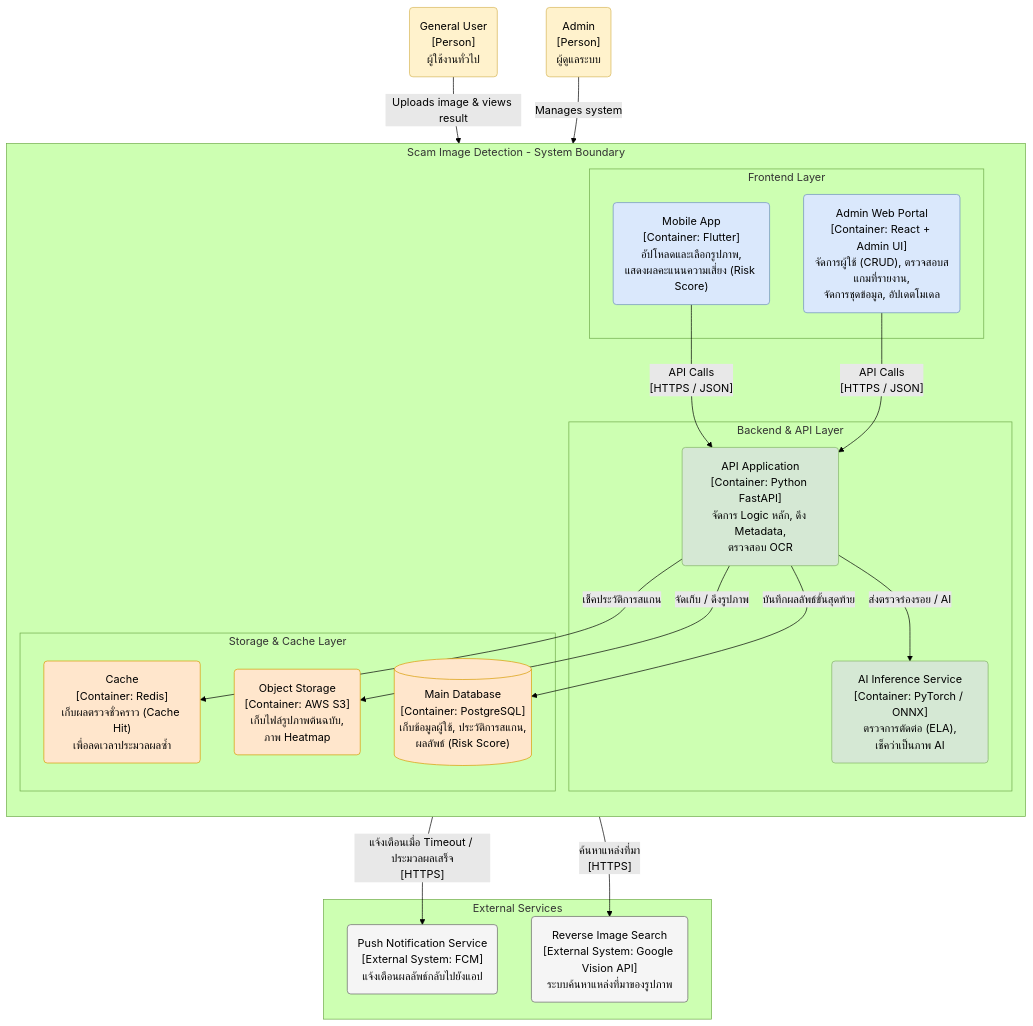
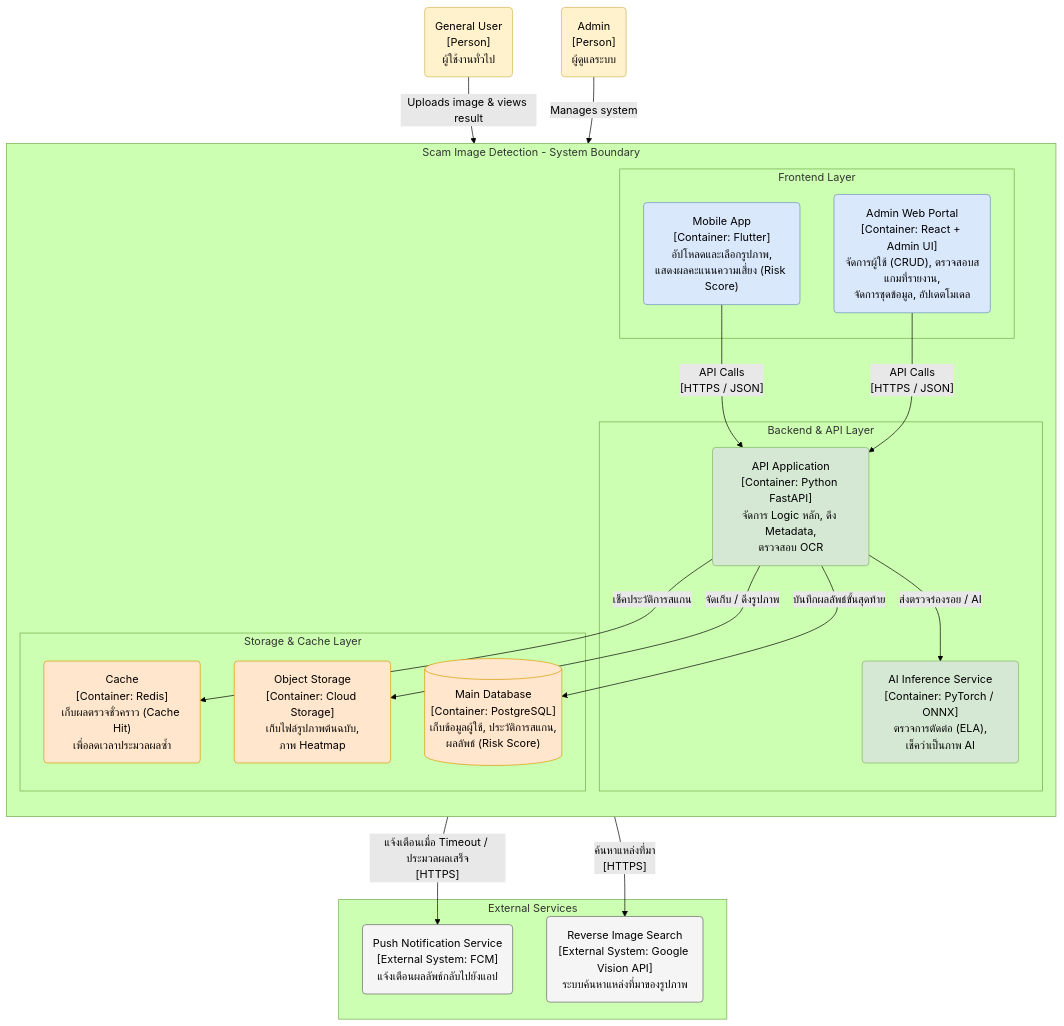
The diagram in doc/C2-Container-Diagram.md (Panuwat-ta/project), drawn with Mermaid (forest theme) before and after one commit. The commit also changed other lines of this file and 7 other files, not shown here.

Commit message:
Refactor storage references from AWS S3 to Cloud Storage across documentation and task tracking files; update task descriptions for AI model training and OCR module development.

````diff
--- a/doc/C2-Container-Diagram.md
+++ b/doc/C2-Container-Diagram.md
@@ -3,62 +3,62 @@
 ```mermaid
 flowchart TB
     %% การตั้งค่า Class สีต่างๆ
     classDef userFill fill:#fff2cc,stroke:#d6b656,color:black
     classDef clientFill fill:#dae8fc,stroke:#6c8ebf,color:black
     classDef backendFill fill:#d5e8d4,stroke:#82b366,color:black
     classDef storageFill fill:#ffe6cc,stroke:#d79b00,color:black
     classDef extFill fill:#f5f5f5,stroke:#666666,color:black
 
     %% Actors Boundary
     User("General User<br>[Person]<br>ผู้ใช้งานทั่วไป")
     Admin("Admin<br>[Person]<br>ผู้ดูแลระบบ")
 
     %% System Boundary
     subgraph ScamSystem [Scam Image Detection - System Boundary]
         direction TB
 
         subgraph Frontends [Frontend Layer]
             MobileApp("Mobile App<br>[Container: Flutter]<br>อัปโหลดและเลือกรูปภาพ,<br>แสดงผลคะแนนความเสี่ยง (Risk Score)")
             AdminPortal("Admin Web Portal<br>[Container: React + Admin UI]<br>จัดการผู้ใช้ (CRUD), ตรวจสอบสแกมที่รายงาน,<br>จัดการชุดข้อมูล, อัปเดตโมเดล")
         end
 
         subgraph Backends [Backend & API Layer]
             APIGateway("API Application<br>[Container: Python FastAPI]<br>จัดการ Logic หลัก, ดึง Metadata,<br>ตรวจสอบ OCR")
             AIInference("AI Inference Service<br>[Container: PyTorch / ONNX]<br>ตรวจการตัดต่อ (ELA),<br>เช็คว่าเป็นภาพ AI")
         end
 
         subgraph Storages [Storage & Cache Layer]
             Cache("Cache<br>[Container: Redis]<br>เก็บผลตรวจชั่วคราว (Cache Hit)<br>เพื่อลดเวลาประมวลผลซ้ำ")
-            ObjectStore("Object Storage<br>[Container: AWS S3]<br>เก็บไฟล์รูปภาพต้นฉบับ,<br>ภาพ Heatmap")
+            ObjectStore("Object Storage<br>[Container: Cloud Storage]<br>เก็บไฟล์รูปภาพต้นฉบับ,<br>ภาพ Heatmap")
             MainDB[("Main Database<br>[Container: PostgreSQL]<br>เก็บข้อมูลผู้ใช้, ประวัติการสแกน,<br>ผลลัพธ์ (Risk Score)")]
         end
     end
 
     %% External Systems Boundary
     subgraph Externals [External Services]
         PushService("Push Notification Service<br>[External System: FCM]<br>แจ้งเตือนผลลัพธ์กลับไปยังแอป")
         ReverseSearch("Reverse Image Search<br>[External System: Google Vision API]<br>ระบบค้นหาแหล่งที่มาของรูปภาพ")
     end
 
     %% Relationships / Associations
     User -- "Uploads image & views result" --> MobileApp
     Admin -- "Manages system" --> AdminPortal
 
     MobileApp -- "API Calls<br>[HTTPS / JSON]" --> APIGateway
     AdminPortal -- "API Calls<br>[HTTPS / JSON]" --> APIGateway
 
     APIGateway -- "เช็คประวัติการสแกน" --> Cache
     APIGateway -- "ส่งตรวจร่องรอย / AI" --> AIInference
     APIGateway -- "จัดเก็บ / ดึงรูปภาพ" --> ObjectStore
     APIGateway -- "บันทึกผลลัพธ์ขั้นสุดท้าย" --> MainDB
     
     APIGateway -- "แจ้งเตือนเมื่อ Timeout / ประมวลผลเสร็จ<br>[HTTPS]" --> PushService
     APIGateway -- "ค้นหาแหล่งที่มา<br>[HTTPS]" --> ReverseSearch
 
     %% Apply Styles
     class User,Admin userFill
     class MobileApp,AdminPortal clientFill
     class APIGateway,AIInference backendFill
     class Cache,ObjectStore,MainDB storageFill
     class PushService,ReverseSearch extFill
 ```
````
